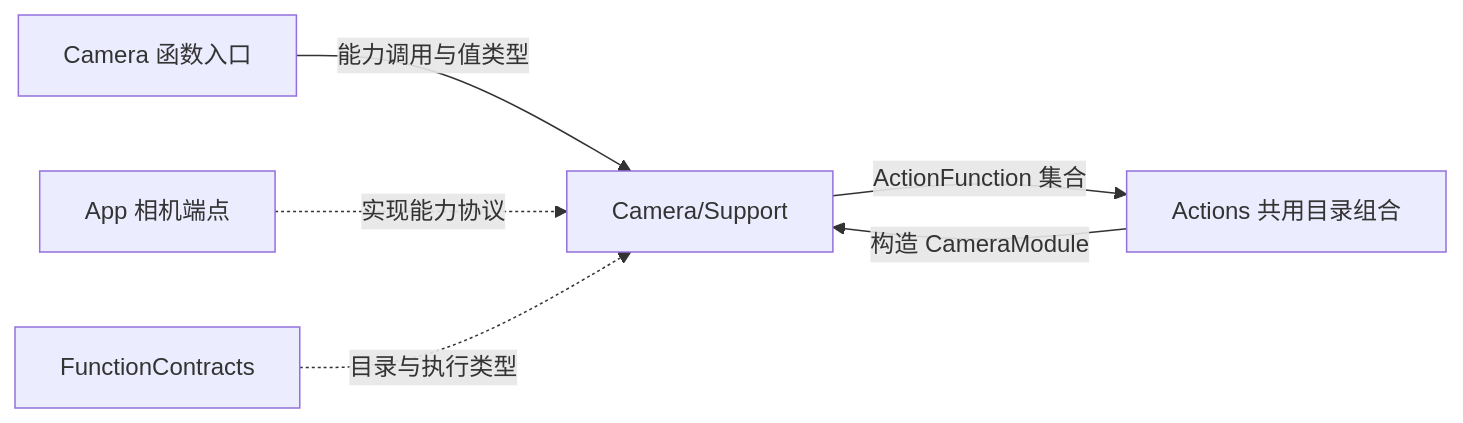
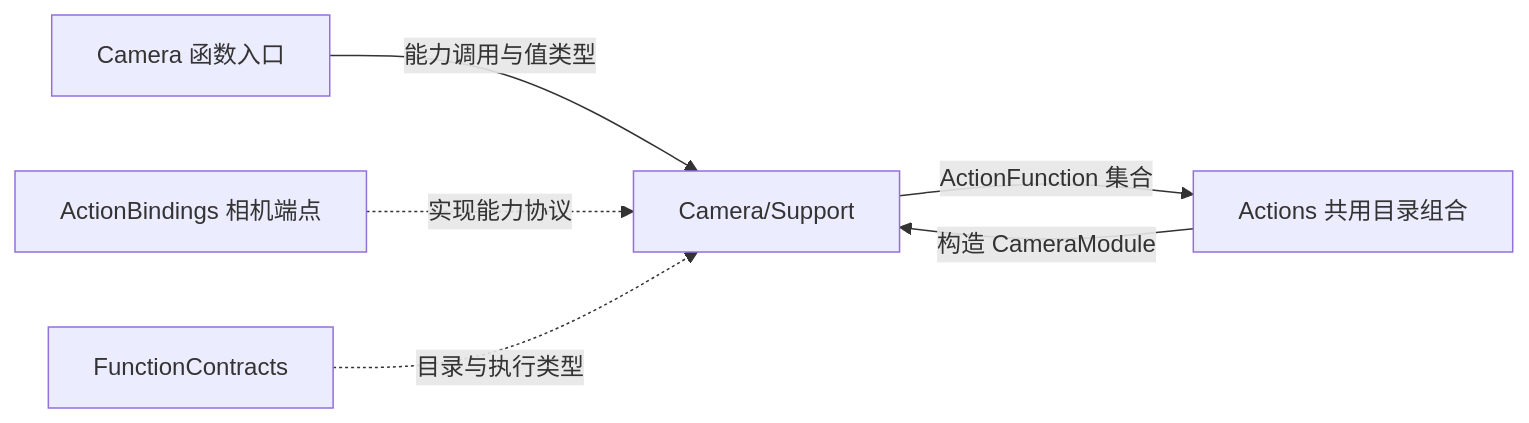
One commit to devilyouwei/MobileHarness changed the first of 2 diagrams in MobileHarness/Actions/Camera/Support/README.md. Above: the diagram before and after it, drawn with Mermaid. The commit also changed other lines of this file and 254 other files, not shown here.

First line of the commit message:
refactor: isolate app composition and module bindings

````diff
--- a/MobileHarness/Actions/Camera/Support/README.md
+++ b/MobileHarness/Actions/Camera/Support/README.md
@@ -9,8 +9,8 @@
 ```mermaid
 flowchart LR
     Entries[Camera 函数入口] -->|能力调用与值类型| S[Camera/Support]
-    Host[App 相机端点] -.->|实现能力协议| S
+    Host[ActionBindings 相机端点] -.->|实现能力协议| S
     Catalog[Actions 共用目录组合] -->|构造 CameraModule| S
     S -->|ActionFunction 集合| Catalog
     Contracts[FunctionContracts] -.->|目录与执行类型| S
 ```
````
